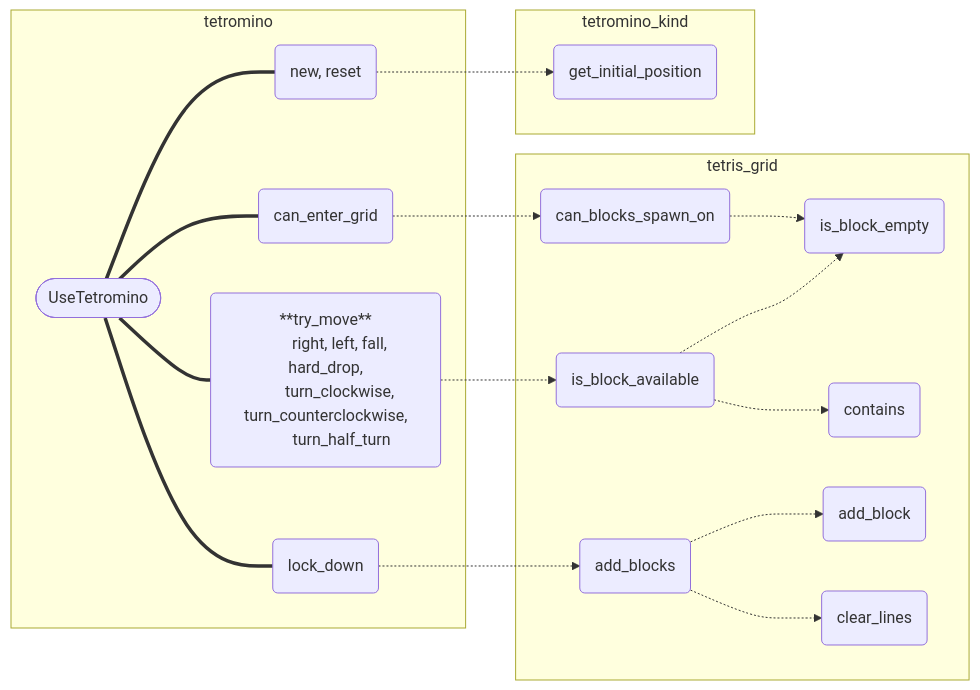
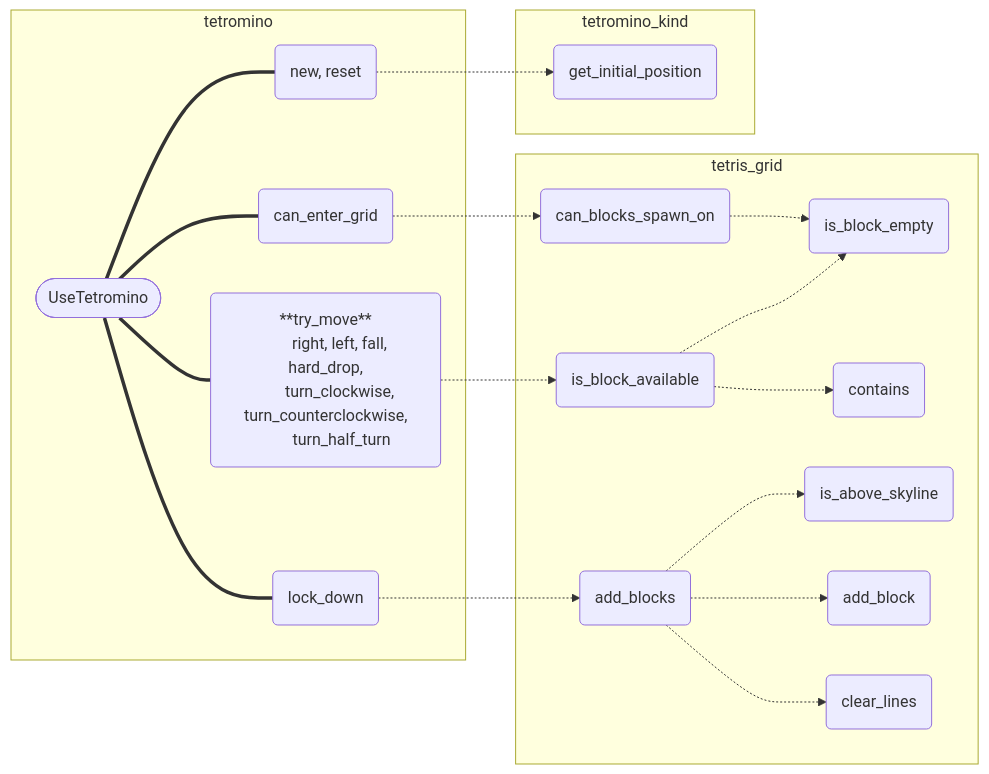
The diagram in src/app/player/core/use_tetromino_flowgraph.mmd (inesvar/tetris), drawn with Mermaid before and after one commit. The commit also changed 3 other files, not shown here.

Commit message:
Update doc flowgraphs

```diff
--- a/src/app/player/core/use_tetromino_flowgraph.mmd
+++ b/src/app/player/core/use_tetromino_flowgraph.mmd
@@ -1,42 +1,43 @@
 graph LR
     %% objects
     is_block_empty(is_block_empty)
     contains(contains)
+    is_above_skyline(is_above_skyline)
     add_block(add_block)
     clear_lines(clear_lines)
     is_block_available(is_block_available)
     can_blocks_spawn_on(can_blocks_spawn_on)
     add_blocks(add_blocks)
     try_move(**try_move**
         right, left, fall, hard_drop,
         turn_clockwise, turn_counterclockwise,
         turn_half_turn)
     can_enter_grid(can_enter_grid)
     lock_down(lock_down)
     UseTetromino([UseTetromino])
     new(new, reset)
     get_initial_position(get_initial_position)
 
     %% modules
     tetris_grid[tetris_grid]
     tetromino[tetromino]
     tetromino_kind[tetromino_kind]
 
     subgraph tetris_grid
         can_blocks_spawn_on -.-> is_block_empty
         is_block_available -.-> contains & is_block_empty
-        add_blocks -.-> add_block & clear_lines
+        add_blocks -.-> add_block & clear_lines & is_above_skyline
     end
 
     subgraph tetromino_kind
         get_initial_position
     end
 
     subgraph tetromino
         UseTetromino === new & can_enter_grid & try_move & lock_down
     end
 
     new -.-> get_initial_position
     can_enter_grid -.-> can_blocks_spawn_on
     try_move -.-> is_block_available
     lock_down -.-> add_blocks
```
